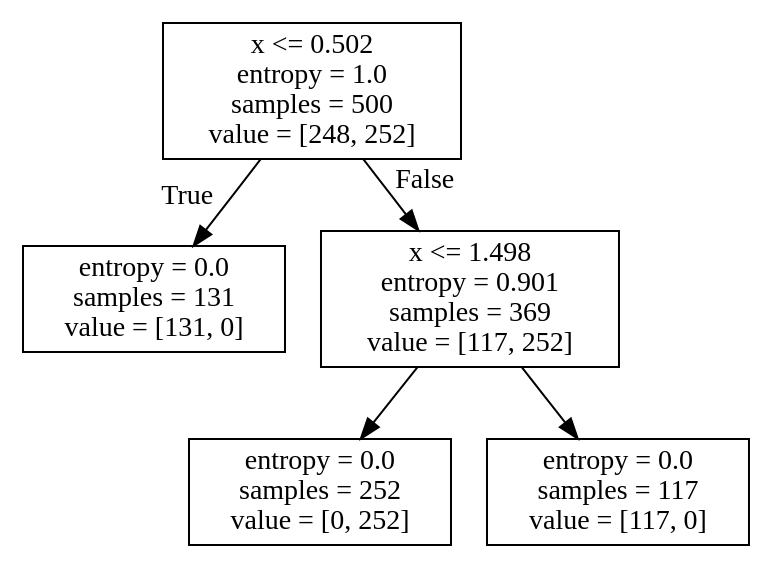
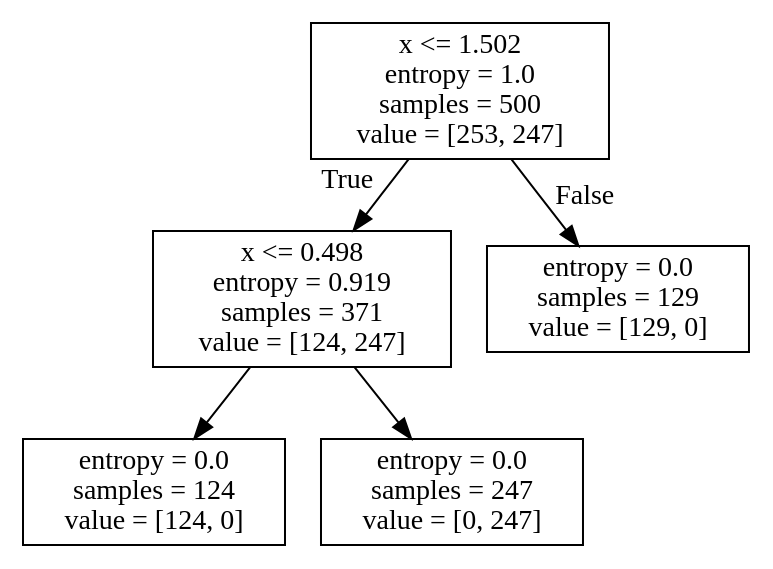
Before and after one commit to AbtahiChowdhury/csc59929-Intro-to-Machine-Learning: the diagram in Assignment3/T1.dot, drawn with Graphviz. The commit also changed 9 other files, not shown here.

```diff
--- a/Assignment3/T1.dot
+++ b/Assignment3/T1.dot
@@ -1,12 +1,12 @@
 digraph Tree {
 node [shape=box] ;
-0 [label="x <= 0.502\nentropy = 1.0\nsamples = 500\nvalue = [248, 252]"] ;
-1 [label="entropy = 0.0\nsamples = 131\nvalue = [131, 0]"] ;
+0 [label="x <= 1.502\nentropy = 1.0\nsamples = 500\nvalue = [253, 247]"] ;
+1 [label="x <= 0.498\nentropy = 0.919\nsamples = 371\nvalue = [124, 247]"] ;
 0 -> 1 [labeldistance=2.5, labelangle=45, headlabel="True"] ;
-2 [label="x <= 1.498\nentropy = 0.901\nsamples = 369\nvalue = [117, 252]"] ;
-0 -> 2 [labeldistance=2.5, labelangle=-45, headlabel="False"] ;
-3 [label="entropy = 0.0\nsamples = 252\nvalue = [0, 252]"] ;
-2 -> 3 ;
-4 [label="entropy = 0.0\nsamples = 117\nvalue = [117, 0]"] ;
-2 -> 4 ;
+2 [label="entropy = 0.0\nsamples = 124\nvalue = [124, 0]"] ;
+1 -> 2 ;
+3 [label="entropy = 0.0\nsamples = 247\nvalue = [0, 247]"] ;
+1 -> 3 ;
+4 [label="entropy = 0.0\nsamples = 129\nvalue = [129, 0]"] ;
+0 -> 4 [labeldistance=2.5, labelangle=-45, headlabel="False"] ;
 }
```
